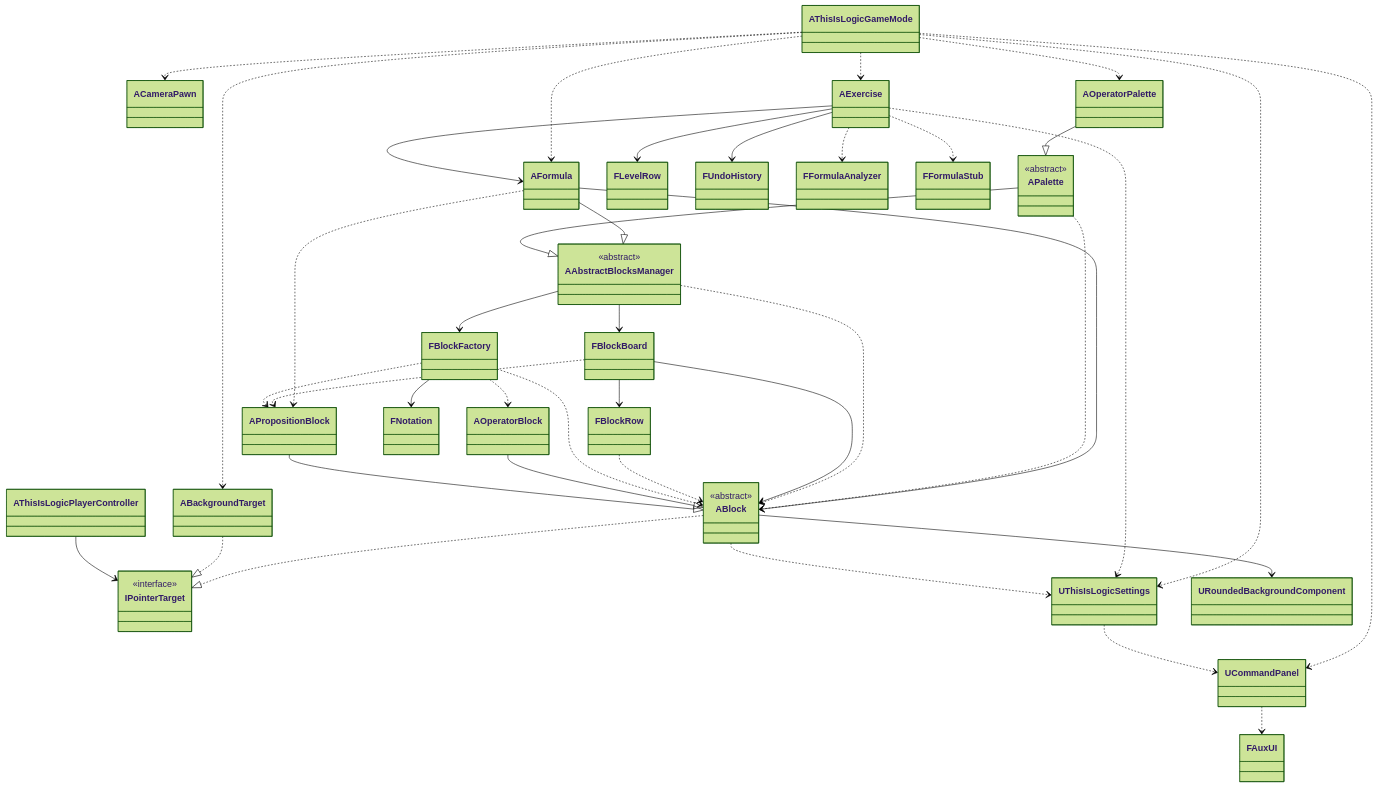
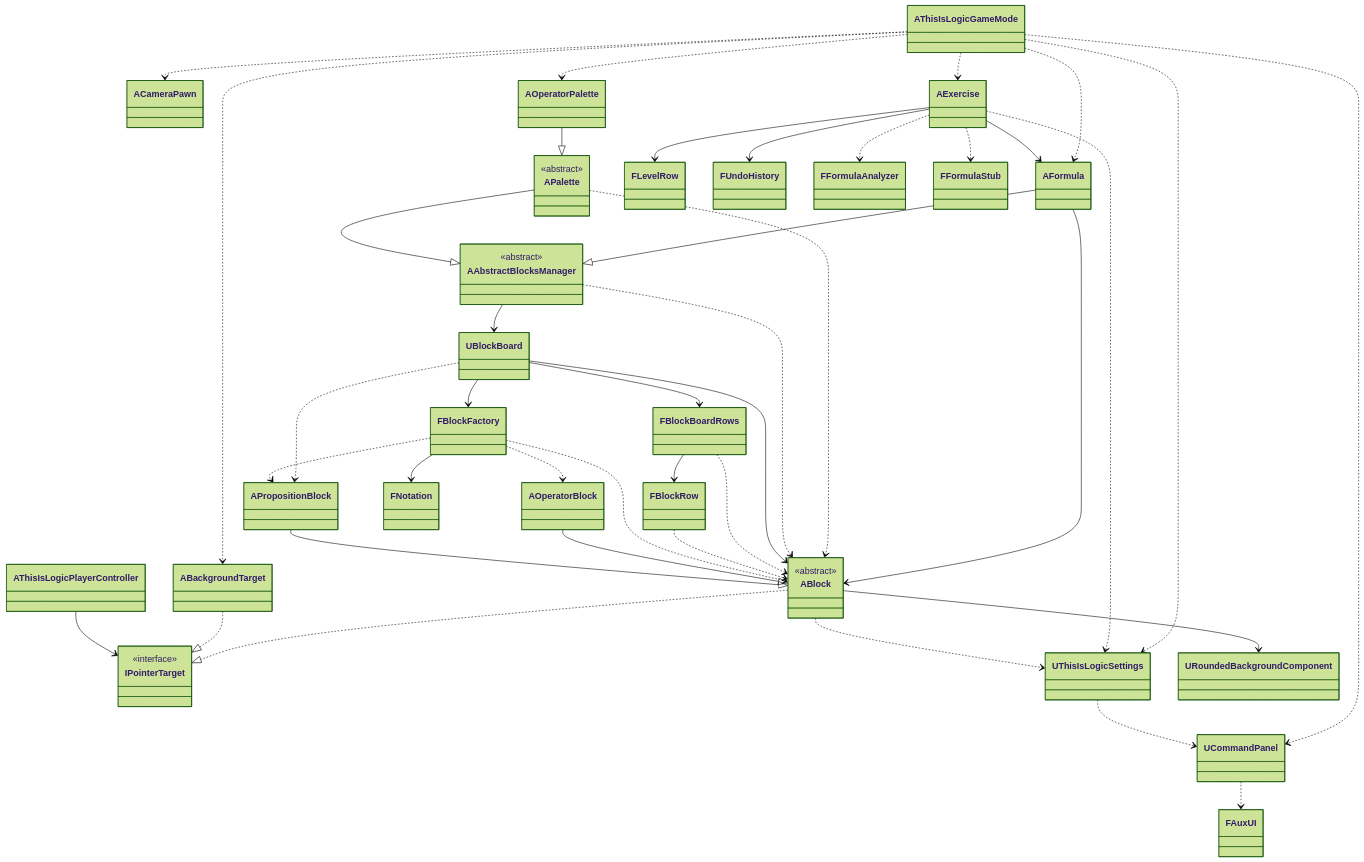
Before and after one commit to expn-pi/ThisIsLogic: the diagram in README.md, drawn with Mermaid (forest theme). The commit also changed 16 other files, not shown here.

````diff
--- a/README.md
+++ b/README.md
@@ -86,64 +86,65 @@
 ```mermaid
 classDiagram
     class IPointerTarget {
         <<interface>>
     }
     class ABlock {
         <<abstract>>
     }
     class AAbstractBlocksManager {
         <<abstract>>
     }
     class APalette {
         <<abstract>>
     }
 
     AThisIsLogicGameMode ..> ACameraPawn
     AThisIsLogicGameMode ..> AFormula
     AThisIsLogicGameMode ..> ABackgroundTarget
     AThisIsLogicGameMode ..> AExercise
     AThisIsLogicGameMode ..> UCommandPanel
     AThisIsLogicGameMode ..> AOperatorPalette
     AThisIsLogicGameMode ..> UThisIsLogicSettings
 
     AExercise --> AFormula
     AExercise --> FLevelRow
     AExercise --> FUndoHistory
     AExercise ..> FFormulaAnalyzer
     AExercise ..> FFormulaStub
     AExercise ..> UThisIsLogicSettings
 
     AFormula --|> AAbstractBlocksManager
     AFormula --> ABlock
-    AFormula ..> APropositionBlock
 
     AOperatorPalette --|> APalette
     APalette --|> AAbstractBlocksManager
     APalette ..> ABlock
 
-    AAbstractBlocksManager --> FBlockBoard
-    AAbstractBlocksManager --> FBlockFactory
+    AAbstractBlocksManager --> UBlockBoard
     AAbstractBlocksManager ..> ABlock
 
-    FBlockBoard --> FBlockRow
-    FBlockBoard --> ABlock
-    FBlockBoard ..> APropositionBlock
+    UBlockBoard --> FBlockBoardRows
+    UBlockBoard --> FBlockFactory
+    UBlockBoard --> ABlock
+    UBlockBoard ..> APropositionBlock
+    FBlockBoardRows --> FBlockRow
+    FBlockBoardRows ..> ABlock
     FBlockRow ..> ABlock
 
     FBlockFactory --> FNotation
     FBlockFactory ..> ABlock
     FBlockFactory ..> AOperatorBlock
     FBlockFactory ..> APropositionBlock
 
     AOperatorBlock --|> ABlock
     APropositionBlock --|> ABlock
     ABlock ..|> IPointerTarget
     ABlock --> URoundedBackgroundComponent
     ABlock ..> UThisIsLogicSettings
 
     ABackgroundTarget ..|> IPointerTarget
     AThisIsLogicPlayerController --> IPointerTarget
 
     UThisIsLogicSettings ..> UCommandPanel
     UCommandPanel ..> FAuxUI
 ```
````
